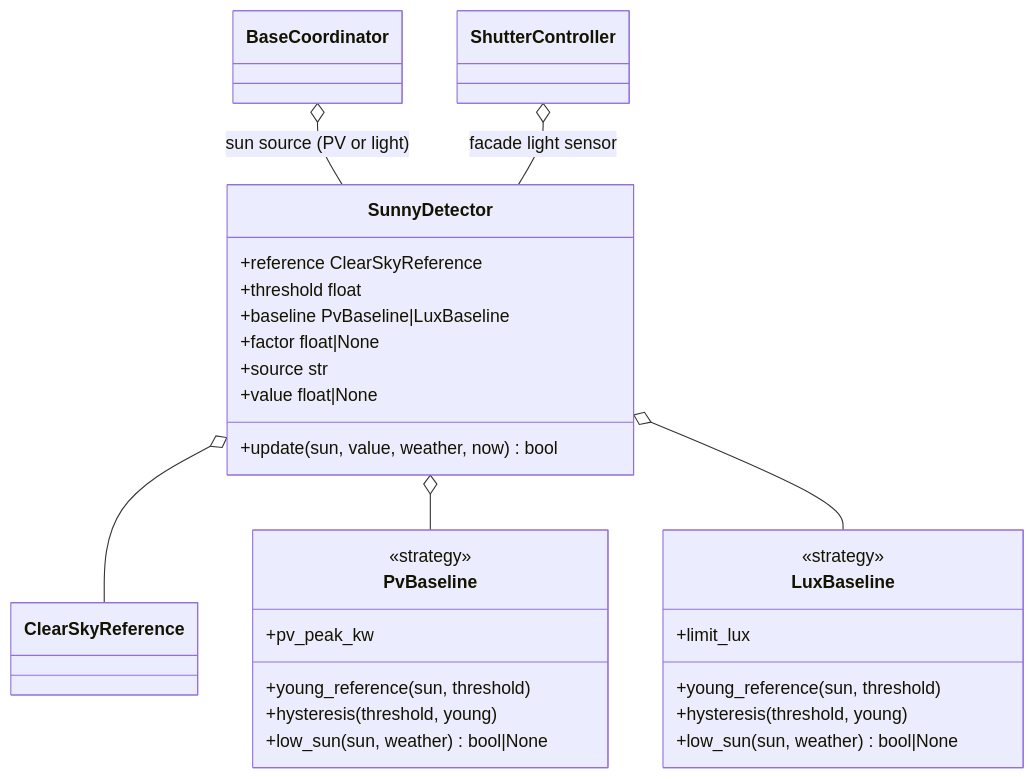
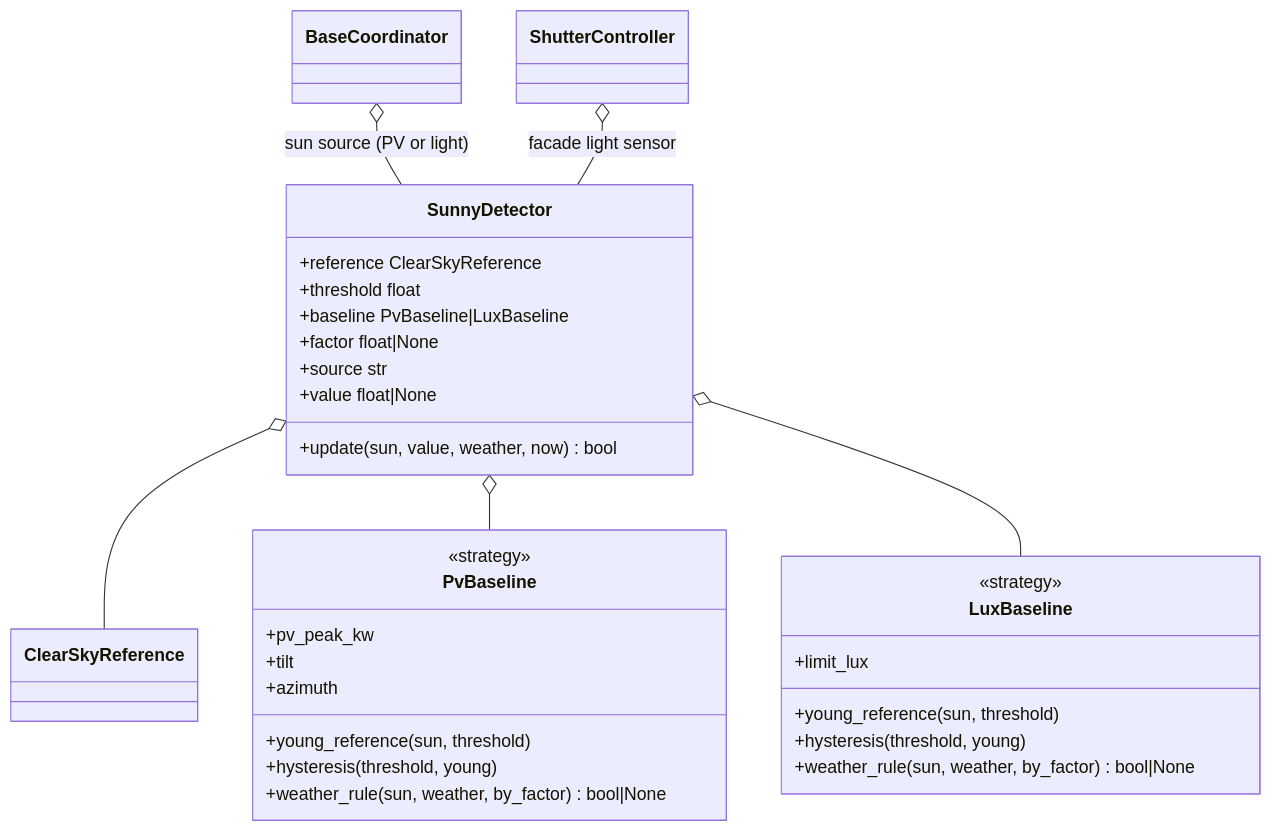
Before and after one commit to abroeders/smart-shutter-control: diagram 22 of 47 in docs/architecture.md, drawn with Mermaid. The commit also changed other lines of this file and 18 other files, not shown here.

````diff
--- a/docs/architecture.md
+++ b/docs/architecture.md
@@ -873,31 +873,33 @@
 ```mermaid
 classDiagram
     class SunnyDetector {
         +reference ClearSkyReference
         +threshold float
         +baseline PvBaseline|LuxBaseline
         +update(sun, value, weather, now) bool
         +factor float|None
         +source str
         +value float|None
     }
     class PvBaseline {
         <<strategy>>
         +pv_peak_kw
+        +tilt
+        +azimuth
         +young_reference(sun, threshold)
         +hysteresis(threshold, young)
-        +low_sun(sun, weather) bool|None
+        +weather_rule(sun, weather, by_factor) bool|None
     }
     class LuxBaseline {
         <<strategy>>
         +limit_lux
         +young_reference(sun, threshold)
         +hysteresis(threshold, young)
-        +low_sun(sun, weather) bool|None
+        +weather_rule(sun, weather, by_factor) bool|None
     }
     SunnyDetector o-- ClearSkyReference
     SunnyDetector o-- PvBaseline
     SunnyDetector o-- LuxBaseline
     BaseCoordinator o-- SunnyDetector : sun source (PV or light)
     ShutterController o-- SunnyDetector : facade light sensor
 ```
````
